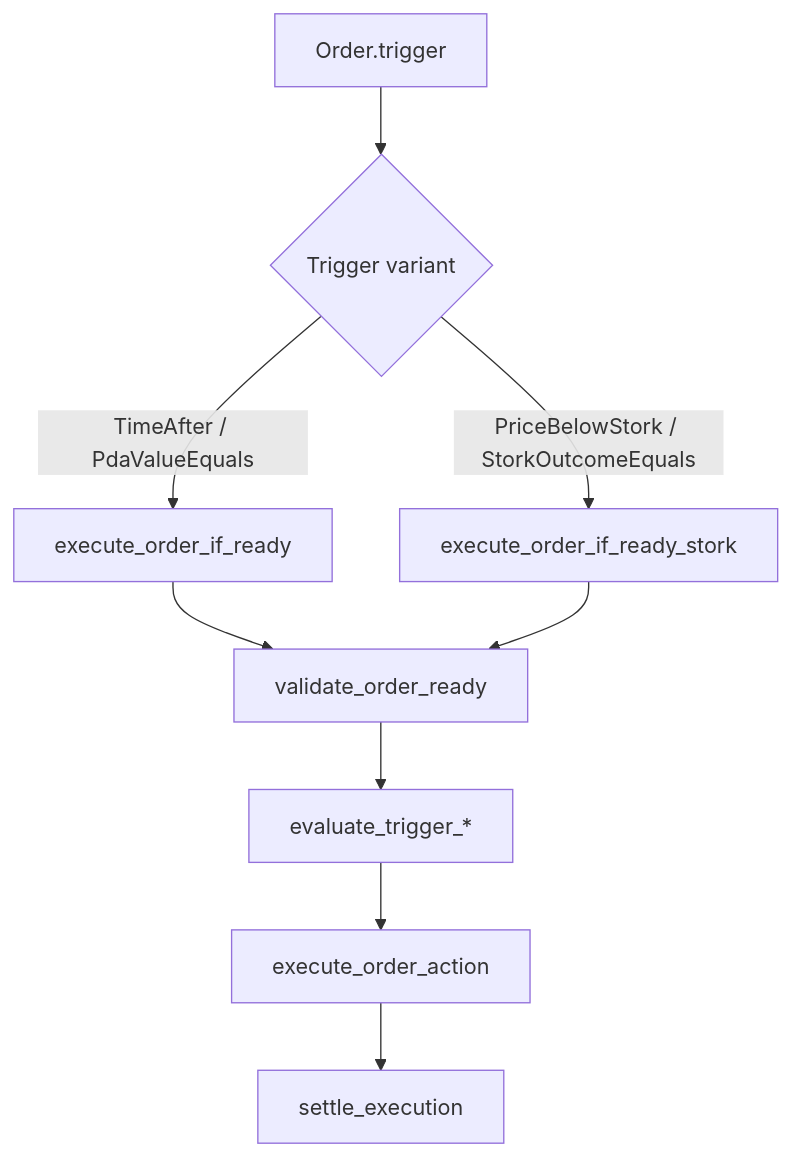
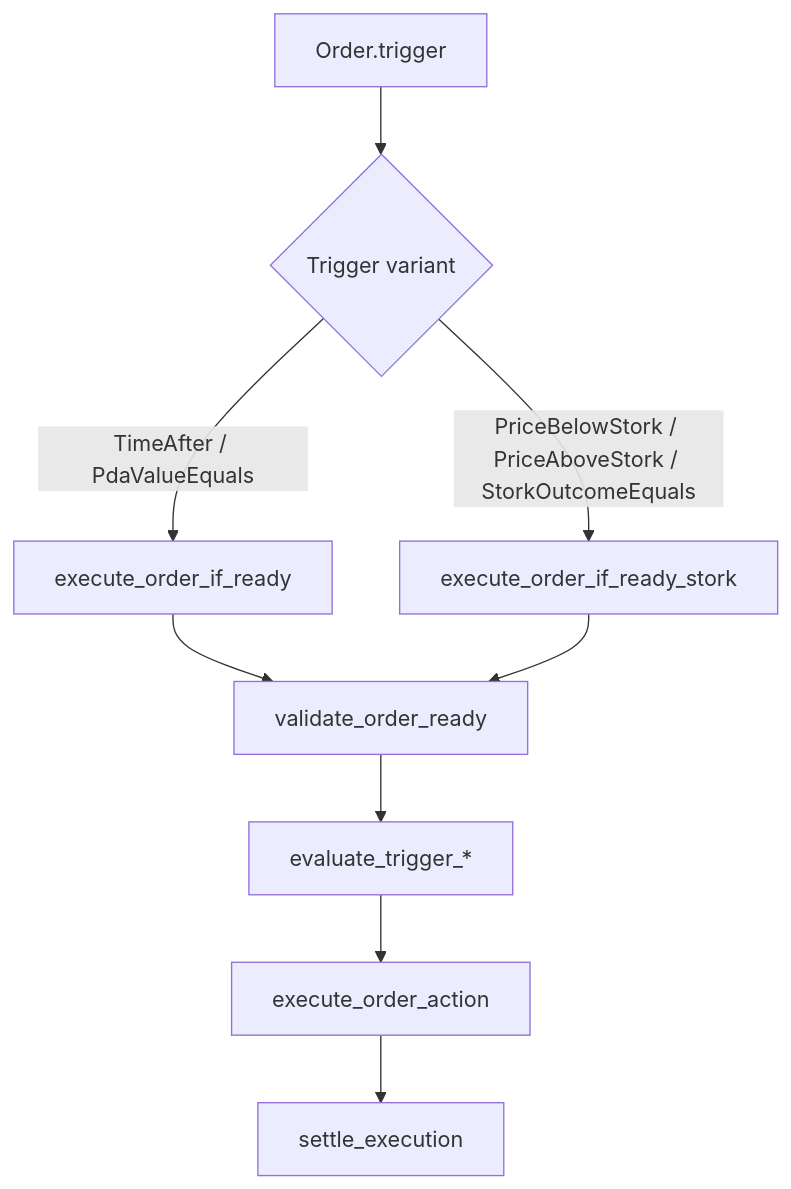
Before and after one commit to Cobster-10/tx-cpi-invoker: the second of 5 diagrams in anchor/programs/order_executor/ARCHITECTURE.md, drawn with Mermaid. The commit also changed other lines of this file, not shown here.

Commit message:
stork arch

````diff
--- a/anchor/programs/order_executor/ARCHITECTURE.md
+++ b/anchor/programs/order_executor/ARCHITECTURE.md
@@ -97,11 +97,11 @@
 ```mermaid
 flowchart TD
   T[Order.trigger] --> A{Trigger variant}
   A -->|TimeAfter / PdaValueEquals| B[execute_order_if_ready]
-  A -->|PriceBelowStork / StorkOutcomeEquals| C[execute_order_if_ready_stork]
+  A -->|PriceBelowStork / PriceAboveStork / StorkOutcomeEquals| C[execute_order_if_ready_stork]
   B --> D[validate_order_ready]
   C --> D
   D --> E[evaluate_trigger_*]
   E --> F[execute_order_action]
   F --> G[settle_execution]
 ```
````
